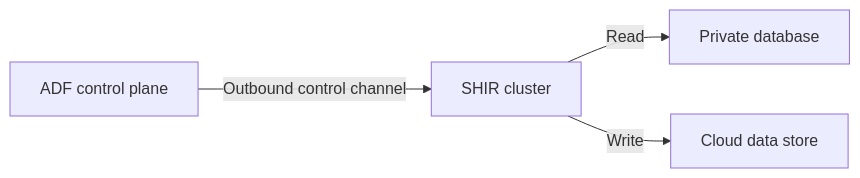
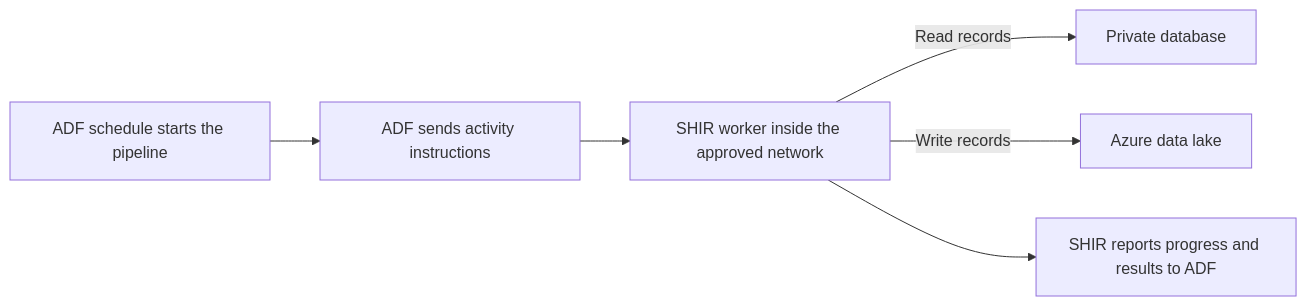
One commit to xuyangHan/FROM-DATA-TO-DECISIONS changed the diagram in DE/industry-experience/04-adf-machine-in-the-middle.md. Above: the diagram before and after it, drawn with Mermaid. The commit also changed other lines of this file, not shown here.

````diff
--- a/DE/industry-experience/04-adf-machine-in-the-middle.md
+++ b/DE/industry-experience/04-adf-machine-in-the-middle.md
@@ -13,6 +21,8 @@
 ```mermaid
 flowchart LR
-  adf[ADF control plane] -->|Outbound control channel| shir[SHIR cluster]
-  shir -->|Read| privateDB[Private database]
-  shir -->|Write| sink[Cloud data store]
+  schedule[ADF schedule starts the pipeline] --> instructions[ADF sends activity instructions]
+  instructions --> shir[SHIR worker inside the approved network]
+  shir -->|Read records| privateDB[Private database]
+  shir -->|Write records| sink[Azure data lake]
+  shir --> status[SHIR reports progress and results to ADF]
 ```
````
